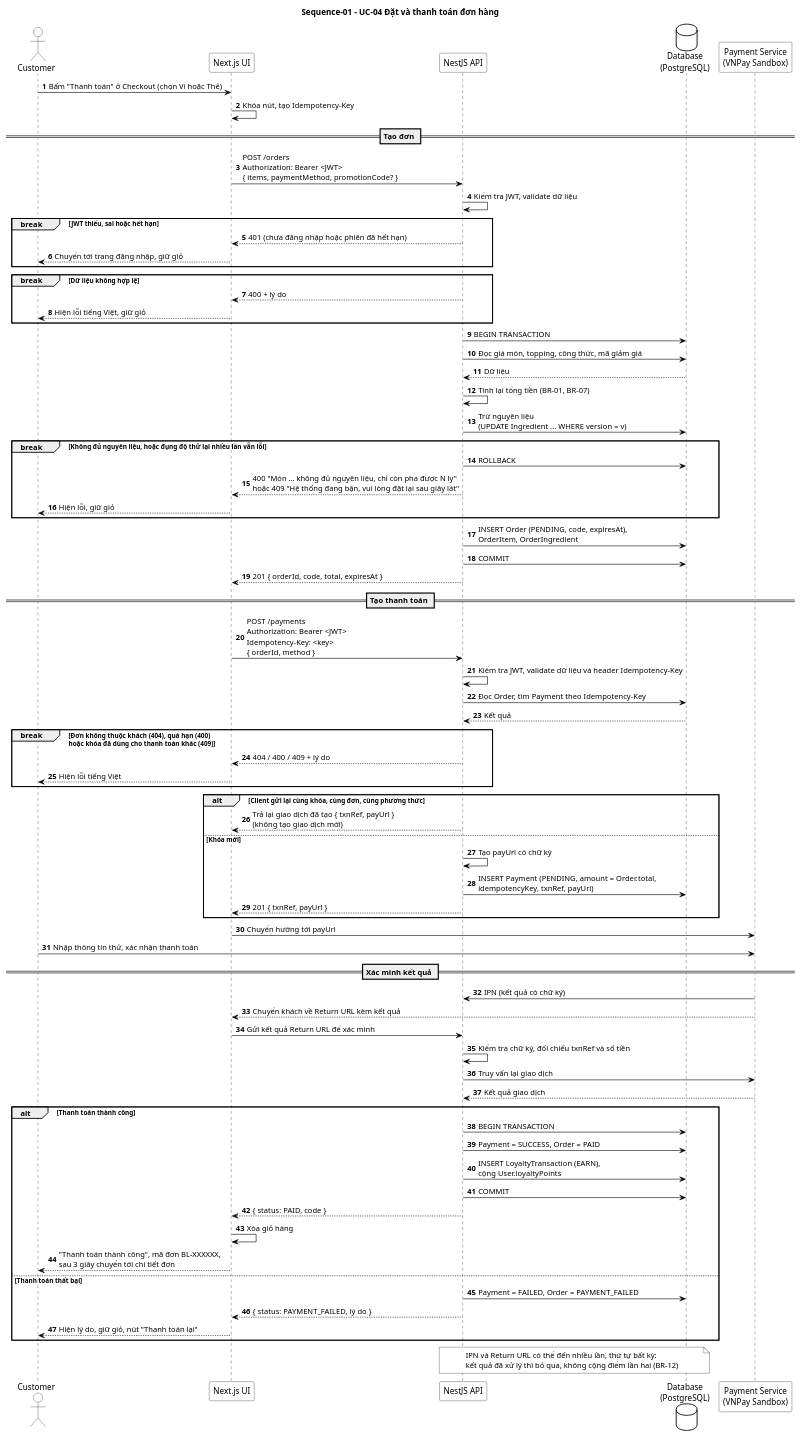
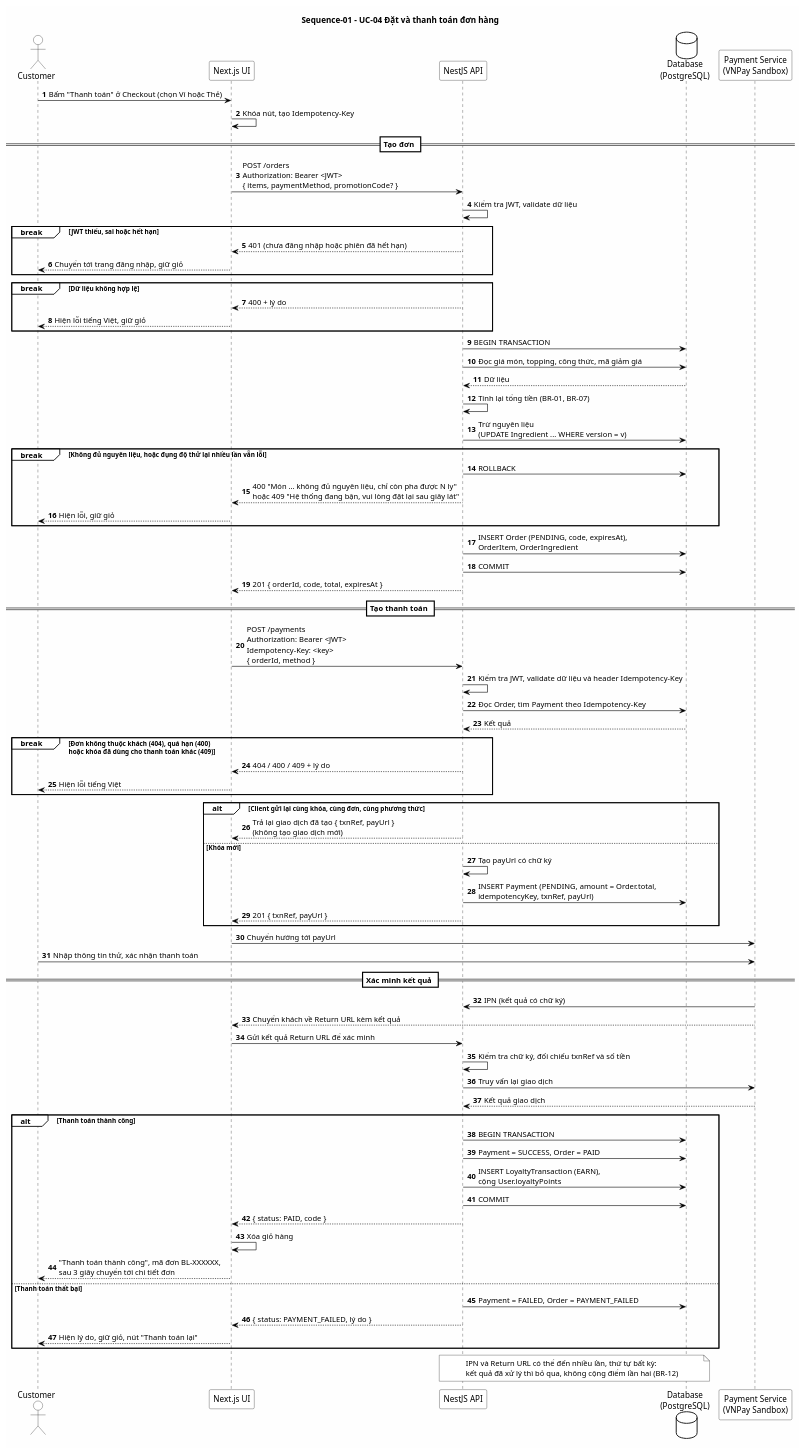
One commit to phi10hung/brewlite-ass2 changed the diagram in docs/diagrams/sequence-checkout.puml. Above: the diagram before and after it, drawn with PlantUML. The commit also changed 7 other files, not shown here.

```diff
--- a/docs/diagrams/sequence-checkout.puml
+++ b/docs/diagrams/sequence-checkout.puml
@@ -1,96 +1,99 @@
 @startuml sequence-checkout
 title Sequence-01 – UC-04 Đặt và thanh toán đơn hàng
 skinparam shadowing false
+skinparam backgroundColor #FEFEFE
 skinparam ArrowColor black
 skinparam ParticipantBackgroundColor white
 skinparam ParticipantBorderColor black
 skinparam ActorBackgroundColor white
 skinparam ActorBorderColor black
 skinparam DatabaseBackgroundColor white
 skinparam DatabaseBorderColor black
 skinparam SequenceLifeLineBorderColor black
 skinparam SequenceGroupBorderColor black
 skinparam SequenceGroupHeaderBackgroundColor white
+skinparam SequenceGroupBackgroundColor white
+skinparam SequenceDividerBackgroundColor white
 skinparam NoteBackgroundColor white
 skinparam NoteBorderColor black
 autonumber
 skinparam sequenceMessageAlign left
 
 actor "Customer" as C
 participant "Next.js UI" as UI
 participant "NestJS API" as API
 database "Database\n(PostgreSQL)" as DB
 participant "Payment Service\n(VNPay Sandbox)" as PAY
 
 C -> UI : Bấm "Thanh toán" ở Checkout (chọn Ví hoặc Thẻ)
 UI -> UI : Khóa nút, tạo Idempotency-Key
 
 == Tạo đơn ==
 UI -> API : POST /orders\nAuthorization: Bearer <JWT>\n{ items, paymentMethod, promotionCode? }
 API -> API : Kiểm tra JWT, validate dữ liệu
 break JWT thiếu, sai hoặc hết hạn
   API --> UI : 401 (chưa đăng nhập hoặc phiên đã hết hạn)
   UI --> C : Chuyển tới trang đăng nhập, giữ giỏ
 end
 break Dữ liệu không hợp lệ
   API --> UI : 400 + lý do
   UI --> C : Hiện lỗi tiếng Việt, giữ giỏ
 end
 API -> DB : BEGIN TRANSACTION
 API -> DB : Đọc giá món, topping, công thức, mã giảm giá
 DB --> API : Dữ liệu
 API -> API : Tính lại tổng tiền (BR-01, BR-07)
 API -> DB : Trừ nguyên liệu\n(UPDATE Ingredient ... WHERE version = v)
 break Không đủ nguyên liệu, hoặc đụng độ thử lại nhiều lần vẫn lỗi
   API -> DB : ROLLBACK
   API --> UI : 400 "Món … không đủ nguyên liệu, chỉ còn pha được N ly"\nhoặc 409 "Hệ thống đang bận, vui lòng đặt lại sau giây lát"
   UI --> C : Hiện lỗi, giữ giỏ
 end
 API -> DB : INSERT Order (PENDING, code, expiresAt),\nOrderItem, OrderIngredient
 API -> DB : COMMIT
 API --> UI : 201 { orderId, code, total, expiresAt }
 
 == Tạo thanh toán ==
 UI -> API : POST /payments\nAuthorization: Bearer <JWT>\nIdempotency-Key: <key>\n{ orderId, method }
 API -> API : Kiểm tra JWT, validate dữ liệu và header Idempotency-Key
 API -> DB : Đọc Order, tìm Payment theo Idempotency-Key
 DB --> API : Kết quả
 break Đơn không thuộc khách (404), quá hạn (400)\nhoặc khóa đã dùng cho thanh toán khác (409)
   API --> UI : 404 / 400 / 409 + lý do
   UI --> C : Hiện lỗi tiếng Việt
 end
 alt Client gửi lại cùng khóa, cùng đơn, cùng phương thức
   API --> UI : Trả lại giao dịch đã tạo { txnRef, payUrl }\n(không tạo giao dịch mới)
 else Khóa mới
   API -> API : Tạo payUrl có chữ ký
   API -> DB : INSERT Payment (PENDING, amount = Order.total,\nidempotencyKey, txnRef, payUrl)
   API --> UI : 201 { txnRef, payUrl }
 end
 UI -> PAY : Chuyển hướng tới payUrl
 C -> PAY : Nhập thông tin thử, xác nhận thanh toán
 
 == Xác minh kết quả ==
 PAY -> API : IPN (kết quả có chữ ký)
 PAY --> UI : Chuyển khách về Return URL kèm kết quả
 UI -> API : Gửi kết quả Return URL để xác minh
 API -> API : Kiểm tra chữ ký, đối chiếu txnRef và số tiền
 API -> PAY : Truy vấn lại giao dịch
 PAY --> API : Kết quả giao dịch
 alt Thanh toán thành công
   API -> DB : BEGIN TRANSACTION
   API -> DB : Payment = SUCCESS, Order = PAID
   API -> DB : INSERT LoyaltyTransaction (EARN),\ncộng User.loyaltyPoints
   API -> DB : COMMIT
   API --> UI : { status: PAID, code }
   UI -> UI : Xóa giỏ hàng
   UI --> C : "Thanh toán thành công", mã đơn BL-XXXXXX,\nsau 3 giây chuyển tới chi tiết đơn
 else Thanh toán thất bại
   API -> DB : Payment = FAILED, Order = PAYMENT_FAILED
   API --> UI : { status: PAYMENT_FAILED, lý do }
   UI --> C : Hiện lý do, giữ giỏ, nút "Thanh toán lại"
 end
 note over API, DB
   IPN và Return URL có thể đến nhiều lần, thứ tự bất kỳ:
   kết quả đã xử lý thì bỏ qua, không cộng điểm lần hai (BR-12)
 end note
 @enduml
```
